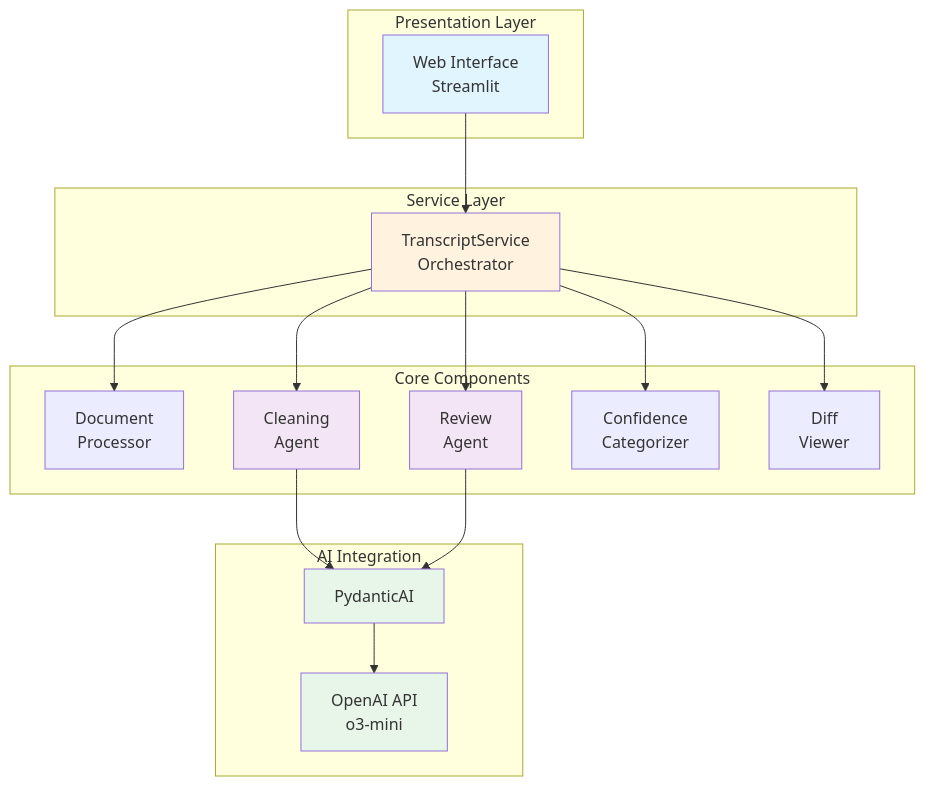
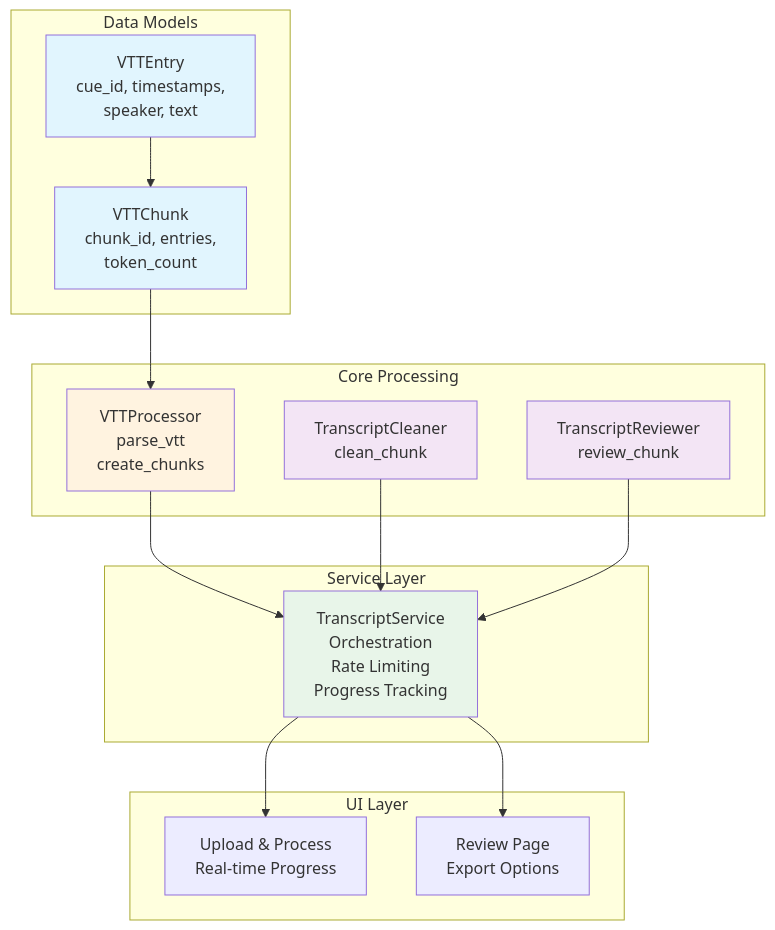
One commit to denim-bluu/meeting_transcripts_cleaner changed the second of 3 diagrams in README.md. Above: the diagram before and after it, drawn with Mermaid. The commit also changed other lines of this file and 52 other files, not shown here.

Commit message:
refactor: new architecture

````diff
--- a/README.md
+++ b/README.md
@@ -83,40 +92,37 @@
 ```mermaid
 graph TB
-    subgraph "Presentation Layer"
-        UI[Web Interface<br/>Streamlit]
+    subgraph "Data Models"
+        VE[VTTEntry<br/>cue_id, timestamps,<br/>speaker, text]
+        VC[VTTChunk<br/>chunk_id, entries,<br/>token_count]
+    end
+
+    subgraph "Core Processing"
+        VP[VTTProcessor<br/>parse_vtt<br/>create_chunks]
+        TC[TranscriptCleaner<br/>clean_chunk]
+        TR[TranscriptReviewer<br/>review_chunk]
     end
 
     subgraph "Service Layer"
-        TS[TranscriptService<br/>Orchestrator]
+        TS[TranscriptService<br/>Orchestration<br/>Rate Limiting<br/>Progress Tracking]
     end
 
-    subgraph "Core Components"
-        DP[Document<br/>Processor]
-        CA[Cleaning<br/>Agent]
-        RA[Review<br/>Agent]
-        CC[Confidence<br/>Categorizer]
-        DV[Diff<br/>Viewer]
+    subgraph "UI Layer"
+        UP[Upload & Process<br/>Real-time Progress]
+        RP[Review Page<br/>Export Options]
     end
 
-    subgraph "AI Integration"
-        PA[PydanticAI]
-        OA[OpenAI API<br/>o3-mini]
-    end
+    VE --> VC
+    VC --> VP
+    VP --> TS
+    TC --> TS
+    TR --> TS
+    TS --> UP
+    TS --> RP
 
-    UI --> TS
-    TS --> DP
-    TS --> CA
-    TS --> RA
-    TS --> CC
-    TS --> DV
-    CA --> PA
-    RA --> PA
-    PA --> OA
-
-    style UI fill:#e1f5fe
-    style TS fill:#fff3e0
-    style CA fill:#f3e5f5
-    style RA fill:#f3e5f5
-    style PA fill:#e8f5e9
-    style OA fill:#e8f5e9
+    style VE fill:#e1f5fe
+    style VC fill:#e1f5fe
+    style VP fill:#fff3e0
+    style TC fill:#f3e5f5
+    style TR fill:#f3e5f5
+    style TS fill:#e8f5e9
 ```
````
